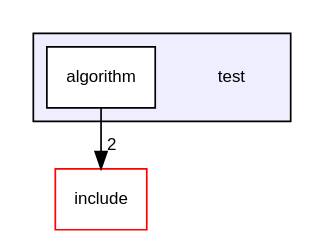
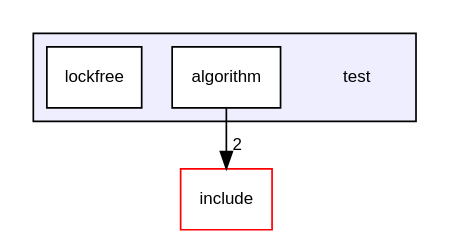
One commit to inie0722/air-ctl changed the diagram in docs/dir_13e138d54eb8818da29c3992edef070a_dep.dot. Above: the diagram before and after it, drawn with Graphviz. The commit also changed 232 other files, not shown here.

```diff
--- a/docs/dir_13e138d54eb8818da29c3992edef070a_dep.dot
+++ b/docs/dir_13e138d54eb8818da29c3992edef070a_dep.dot
@@ -1,12 +1,13 @@
 digraph "test" {
   compound=true
   node [ fontsize="10", fontname="Helvetica"];
   edge [ labelfontsize="10", labelfontname="Helvetica"];
   subgraph clusterdir_13e138d54eb8818da29c3992edef070a {
     graph [ bgcolor="#eeeeff", pencolor="black", label="" URL="dir_13e138d54eb8818da29c3992edef070a.html"];
     dir_13e138d54eb8818da29c3992edef070a [shape=plaintext label="test"];
   dir_dce29601d27e04940aa72ceb635c4ce8 [shape=box label="algorithm" fillcolor="white" style="filled" URL="dir_dce29601d27e04940aa72ceb635c4ce8.html"];
+  dir_b99c8bf8c36a92836178caba5ed59276 [shape=box label="lockfree" fillcolor="white" style="filled" URL="dir_b99c8bf8c36a92836178caba5ed59276.html"];
   }
   dir_d44c64559bbebec7f509842c48db8b23 [shape=box label="include" fillcolor="white" style="filled" color="red" URL="dir_d44c64559bbebec7f509842c48db8b23.html"];
-  dir_dce29601d27e04940aa72ceb635c4ce8->dir_d44c64559bbebec7f509842c48db8b23 [headlabel="2", labeldistance=1.5 headhref="dir_000021_000012.html"];
+  dir_dce29601d27e04940aa72ceb635c4ce8->dir_d44c64559bbebec7f509842c48db8b23 [headlabel="2", labeldistance=1.5 headhref="dir_000032_000020.html"];
 }
```
